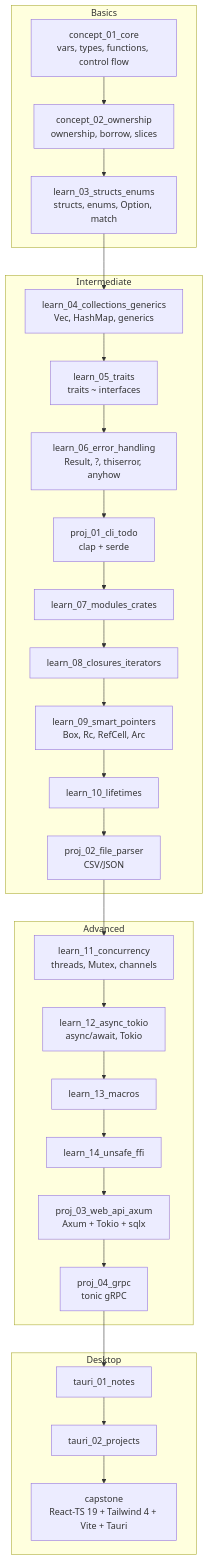
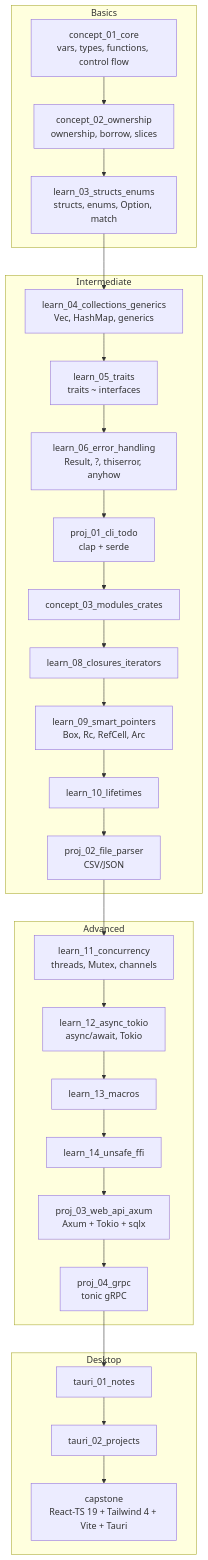
One commit to devravinder/learn-rust changed the diagram in README.md. Above: the diagram before and after it, drawn with Mermaid. The commit also changed 9 other files, not shown here.

Commit message:
feat: modules & crates

````diff
--- a/README.md
+++ b/README.md
@@ -43,31 +43,31 @@
 ```mermaid
 graph TD
     subgraph Basics
         A[concept_01_core<br/>vars, types, functions, control flow] --> B[concept_02_ownership<br/>ownership, borrow, slices]
         B --> C[learn_03_structs_enums<br/>structs, enums, Option, match]
     end
     subgraph Intermediate
         C --> D[learn_04_collections_generics<br/>Vec, HashMap, generics]
         D --> E[learn_05_traits<br/>traits ~ interfaces]
         E --> F[learn_06_error_handling<br/>Result, ?, thiserror, anyhow]
         F --> P1[proj_01_cli_todo<br/>clap + serde]
-        P1 --> G[learn_07_modules_crates]
+        P1 --> G[concept_03_modules_crates]
         G --> H[learn_08_closures_iterators]
         H --> I[learn_09_smart_pointers<br/>Box, Rc, RefCell, Arc]
         I --> J[learn_10_lifetimes]
         J --> P2[proj_02_file_parser<br/>CSV/JSON]
     end
     subgraph Advanced
         P2 --> K[learn_11_concurrency<br/>threads, Mutex, channels]
         K --> L[learn_12_async_tokio<br/>async/await, Tokio]
         L --> M[learn_13_macros]
         M --> N[learn_14_unsafe_ffi]
         N --> P3[proj_03_web_api_axum<br/>Axum + Tokio + sqlx]
         P3 --> P4[proj_04_grpc<br/>tonic gRPC]
     end
     subgraph Desktop
         P4 --> T1[tauri_01_notes]
         T1 --> T2[tauri_02_projects]
         T2 --> CAP[capstone<br/>React-TS 19 + Tailwind 4 + Vite + Tauri]
     end
 ```
````
